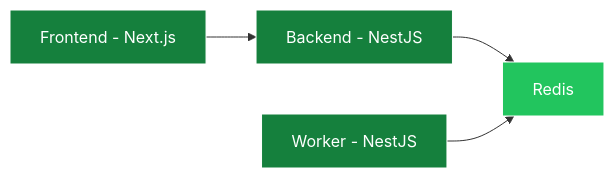
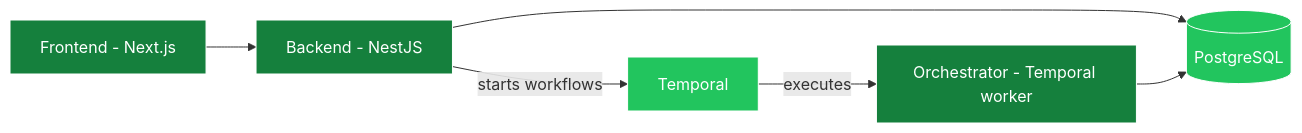
The diagram in howitworks.mdx (ringee-io/ringee-docs), drawn with Mermaid before and after one commit. The commit also changed other lines of this file and 43 other files, not shown here.

````diff
--- a/howitworks.mdx
+++ b/howitworks.mdx
@@ -10,14 +10,17 @@
 ```mermaid
 flowchart LR;
     classDef ext fill:#22C55E,color:white,stroke:#fff
     classDef svc fill:#15803D,color:white,stroke:#fff
 
     frontend[Frontend - Next.js]:::svc
     backend[Backend - NestJS]:::svc
-    worker[Worker - NestJS]:::svc
-    redis[Redis]:::ext
+    orchestrator[Orchestrator - Temporal worker]:::svc
+    temporal[Temporal]:::ext
+    db[(PostgreSQL)]:::ext
 
     frontend --> backend
-    backend --> redis
-    worker --> redis
+    backend --> db
+    backend -- starts workflows --> temporal
+    temporal -- executes --> orchestrator
+    orchestrator --> db
 ```
````
